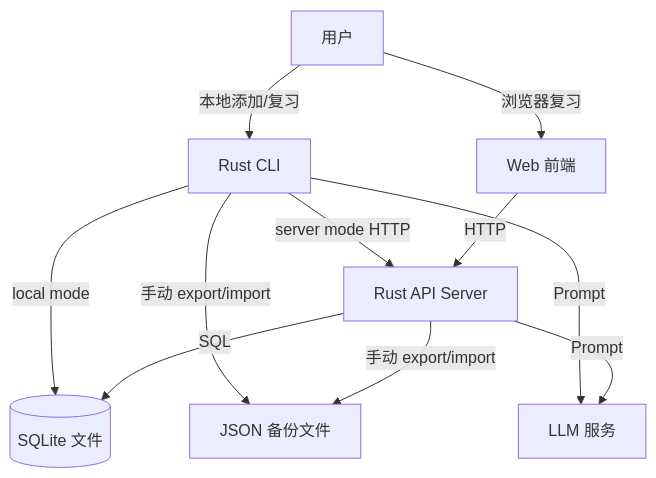
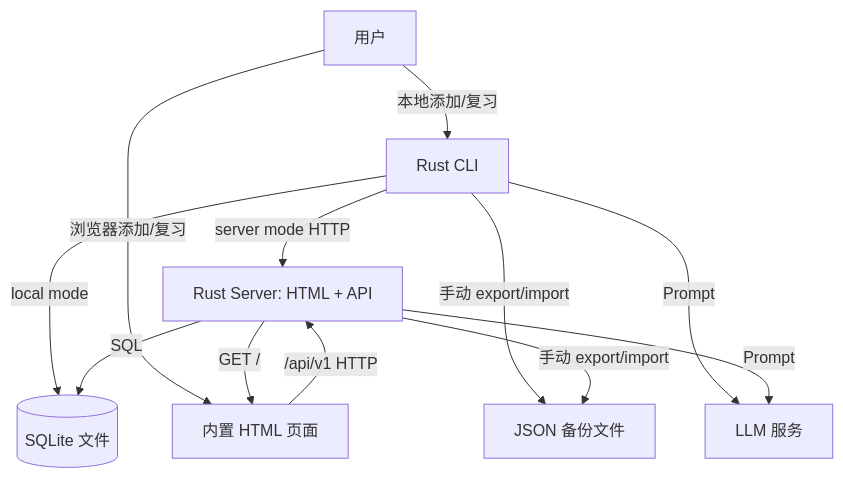
Before and after one commit to jyokotori/neko-words: the diagram in docs/architecture.md, drawn with Mermaid. The commit also changed other lines of this file and 11 other files, not shown here.

Commit message:
Serve built-in web UI from server

````diff
--- a/docs/architecture.md
+++ b/docs/architecture.md
@@ -13,21 +13,22 @@
 ```mermaid
 graph TD
     User[用户]
     CLI[Rust CLI]
-    Web[Web 前端]
-    Server[Rust API Server]
+    Web[内置 HTML 页面]
+    Server[Rust Server: HTML + API]
     LLM[LLM 服务]
     DB[(SQLite 文件)]
     JSON[JSON 备份文件]
 
     User -->|本地添加/复习| CLI
-    User -->|浏览器复习| Web
+    User -->|浏览器添加/复习| Web
     CLI -->|local mode| DB
     CLI -->|server mode HTTP| Server
-    Web -->|HTTP| Server
+    Server -->|GET /| Web
+    Web -->|/api/v1 HTTP| Server
     Server -->|SQL| DB
     CLI -->|手动 export/import| JSON
     Server -->|手动 export/import| JSON
     CLI -->|Prompt| LLM
     Server -->|Prompt| LLM
 ```
````
